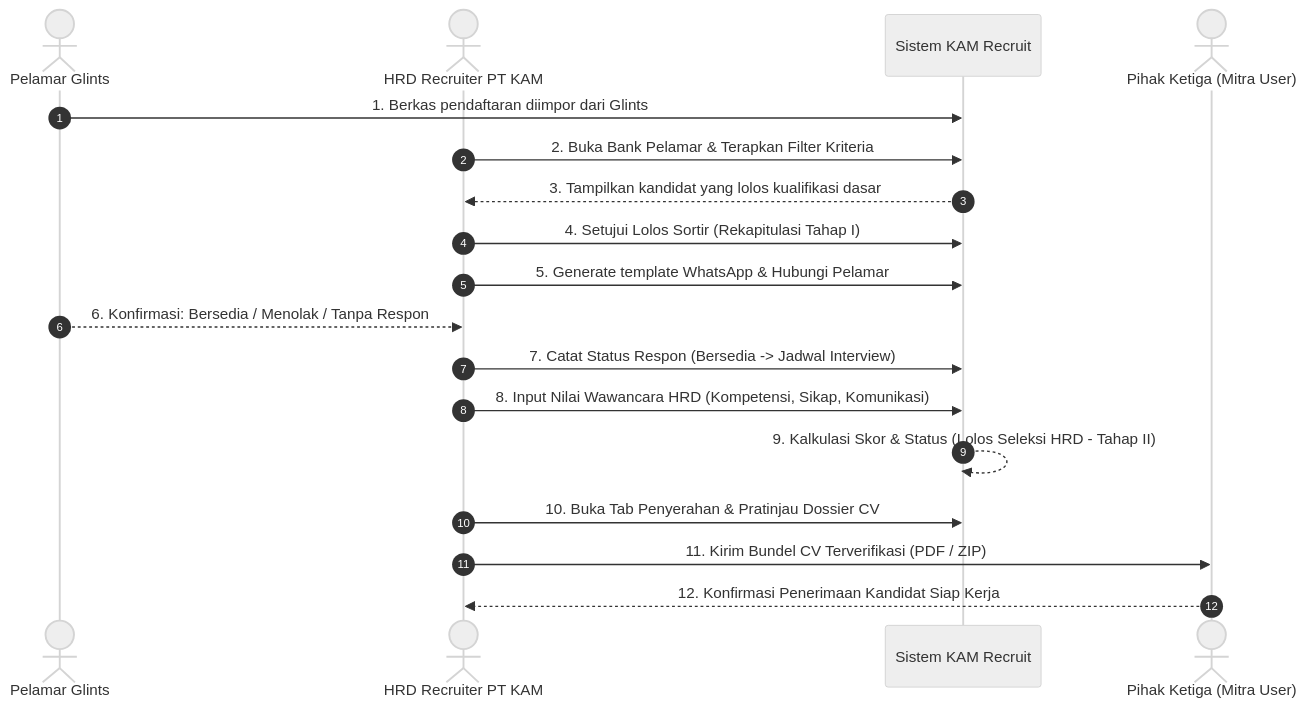
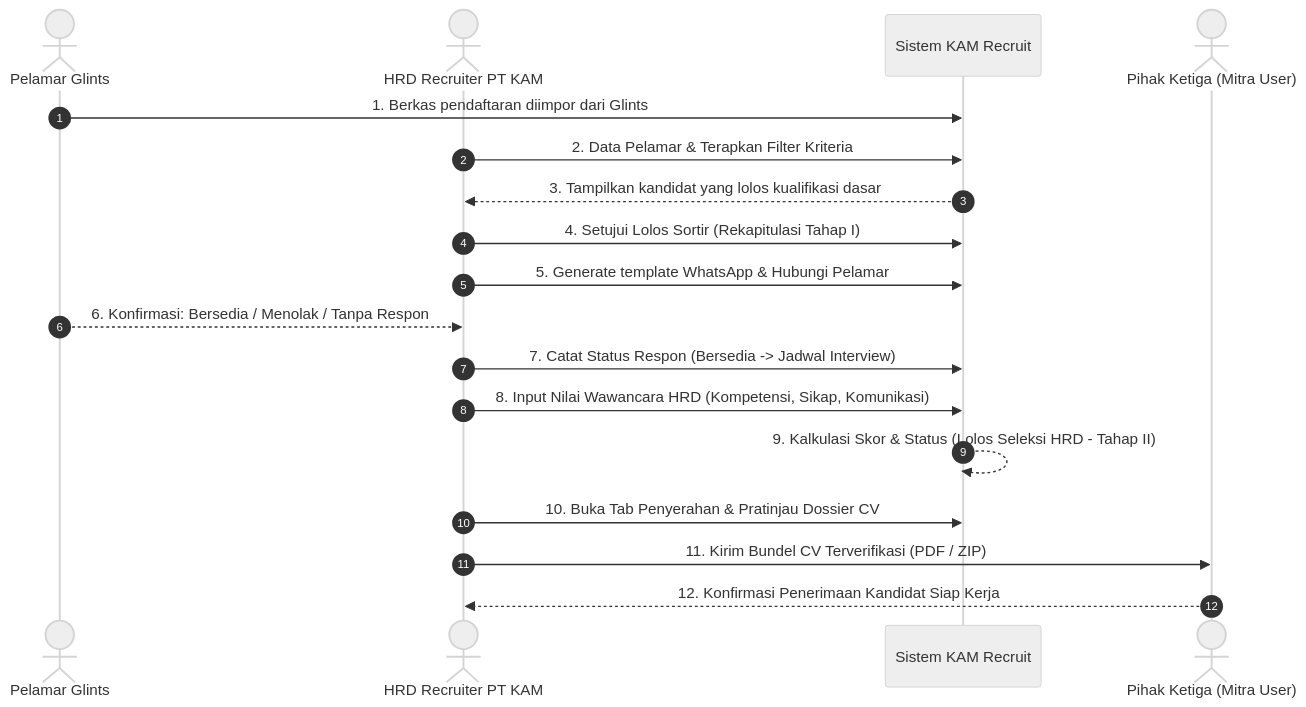
The first of 2 diagrams in docs/02_prd.md (Alfaturachman/kam-recruit), drawn with Mermaid (neutral theme) before and after one commit. The commit also changed 25 other files, not shown here.

````diff
--- a/docs/02_prd.md
+++ b/docs/02_prd.md
@@ -41,21 +41,21 @@
 ```mermaid
 sequenceDiagram
     autonumber
     actor Pelamar as Pelamar Glints
     actor HRD as HRD Recruiter PT KAM
     participant Sys as Sistem KAM Recruit
     actor Mitra as Pihak Ketiga (Mitra User)
 
     Pelamar->>Sys: 1. Berkas pendaftaran diimpor dari Glints
-    HRD->>Sys: 2. Buka Bank Pelamar & Terapkan Filter Kriteria
+    HRD->>Sys: 2. Data Pelamar & Terapkan Filter Kriteria
     Sys-->>HRD: 3. Tampilkan kandidat yang lolos kualifikasi dasar
     HRD->>Sys: 4. Setujui Lolos Sortir (Rekapitulasi Tahap I)
     HRD->>Sys: 5. Generate template WhatsApp & Hubungi Pelamar
     Pelamar-->>HRD: 6. Konfirmasi: Bersedia / Menolak / Tanpa Respon
     HRD->>Sys: 7. Catat Status Respon (Bersedia -> Jadwal Interview)
     HRD->>Sys: 8. Input Nilai Wawancara HRD (Kompetensi, Sikap, Komunikasi)
     Sys-->>Sys: 9. Kalkulasi Skor & Status (Lolos Seleksi HRD - Tahap II)
     HRD->>Sys: 10. Buka Tab Penyerahan & Pratinjau Dossier CV
     HRD->>Mitra: 11. Kirim Bundel CV Terverifikasi (PDF / ZIP)
     Mitra-->>HRD: 12. Konfirmasi Penerimaan Kandidat Siap Kerja
 ```
````
